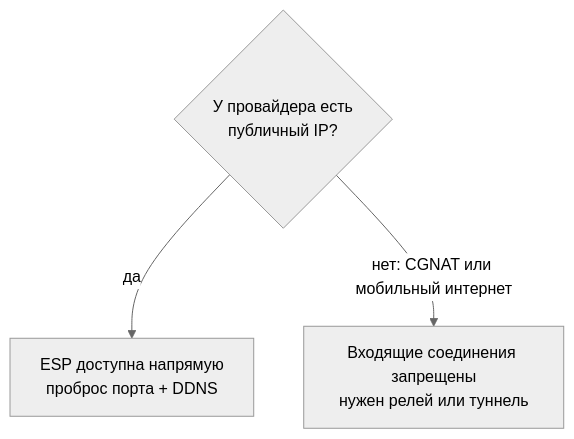
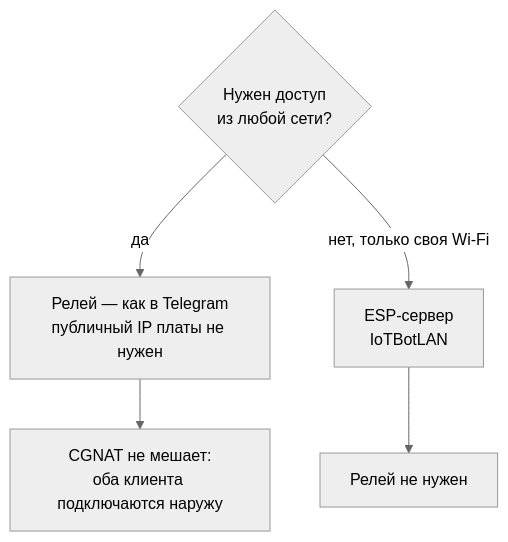
The fourth of 4 diagrams in obsidian/12 Режимы работы.md (hegoleg/IOT-MESSENGER), drawn with Mermaid (neutral theme) before and after one commit. The commit also changed other lines of this file and 18 other files, not shown here.

Commit message:
Add Telegram-like relay deployment kit and diagrams

````diff
--- a/obsidian/12 Режимы работы.md
+++ b/obsidian/12 Режимы работы.md
@@ -57,6 +77,8 @@
 ```mermaid
 flowchart TD
-  Q{"У провайдера есть<br/>публичный IP?"}
-  Q -->|"да"| P["ESP доступна напрямую<br/>проброс порта + DDNS"]
-  Q -->|"нет: CGNAT или мобильный интернет"| R["Входящие соединения запрещены<br/>нужен релей или туннель"]
+  Q{"Нужен доступ<br/>из любой сети?"}
+  Q -->|"да"| R["Релей — как в Telegram<br/>публичный IP платы не нужен"]
+  Q -->|"нет, только своя Wi-Fi"| L["ESP-сервер<br/>IoTBotLAN"]
+  R --> RC["CGNAT не мешает:<br/>оба клиента подключаются наружу"]
+  L --> LC["Релей не нужен"]
 ```
````
